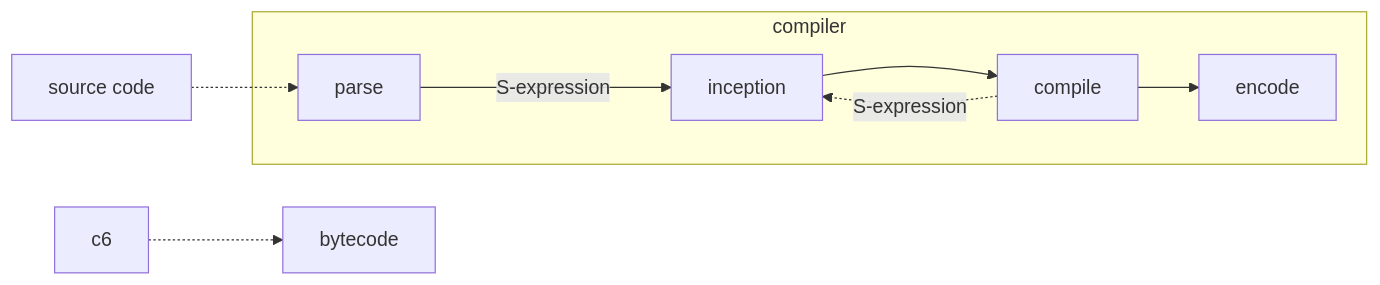
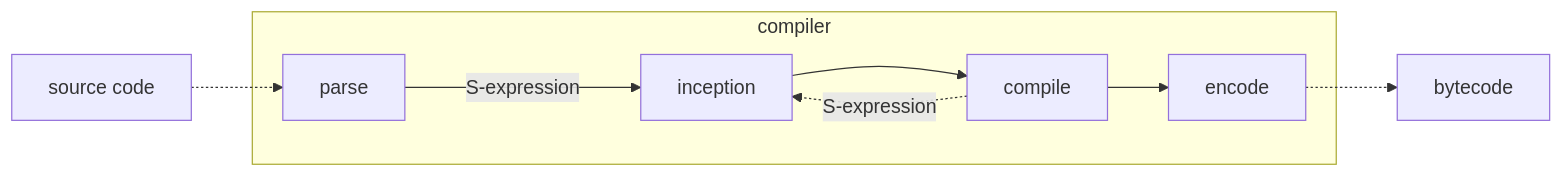
The diagram in slides/papers/stak-scheme/eval.mmd (raviqqe/doc), drawn with Mermaid before and after one commit.

```diff
--- a/slides/papers/stak-scheme/eval.mmd
+++ b/slides/papers/stak-scheme/eval.mmd
@@ -1,12 +1,12 @@
 flowchart LR
   d0[source code] -.-> c1
 
   subgraph s0[compiler]
     c1[parse] --->|S-expression| c2[inception] --> c3[compile]
 
     c3 -.->|S-expression| c2
 
     c3 --> c4[encode]
   end
 
-  c6 -.-> d1[bytecode]
+  c4 -.-> d1[bytecode]
```
